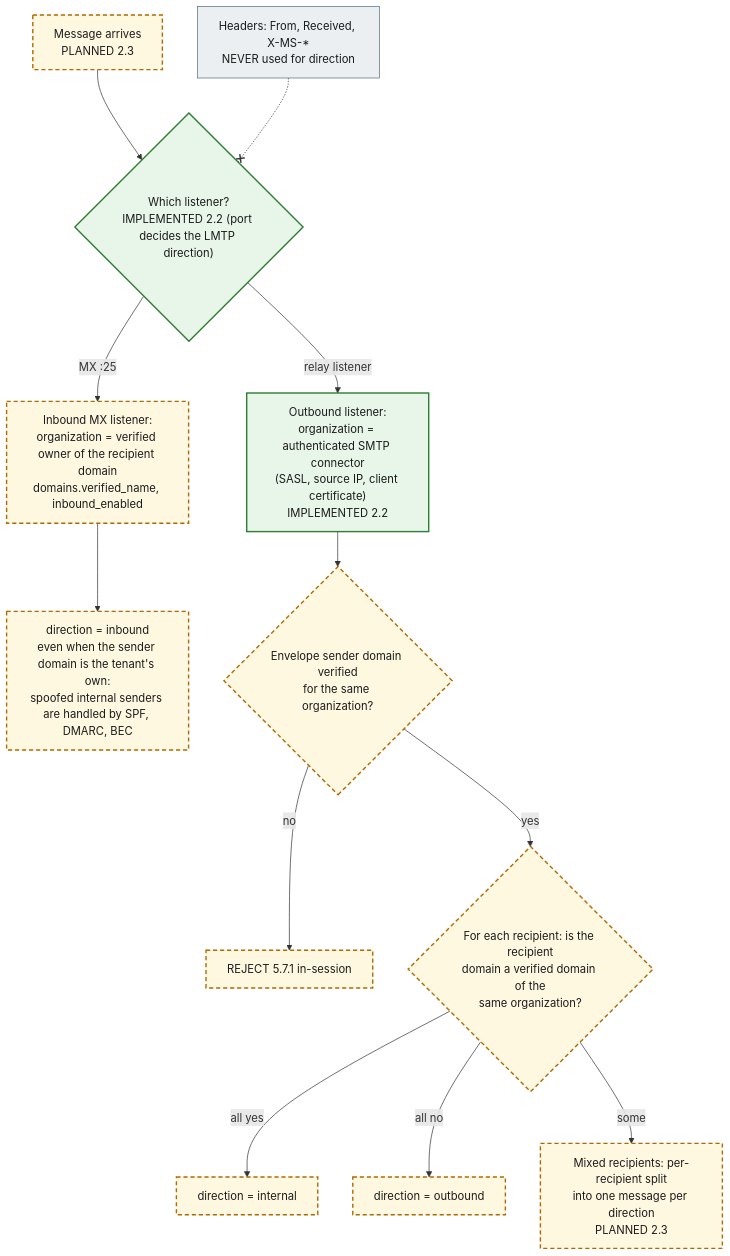
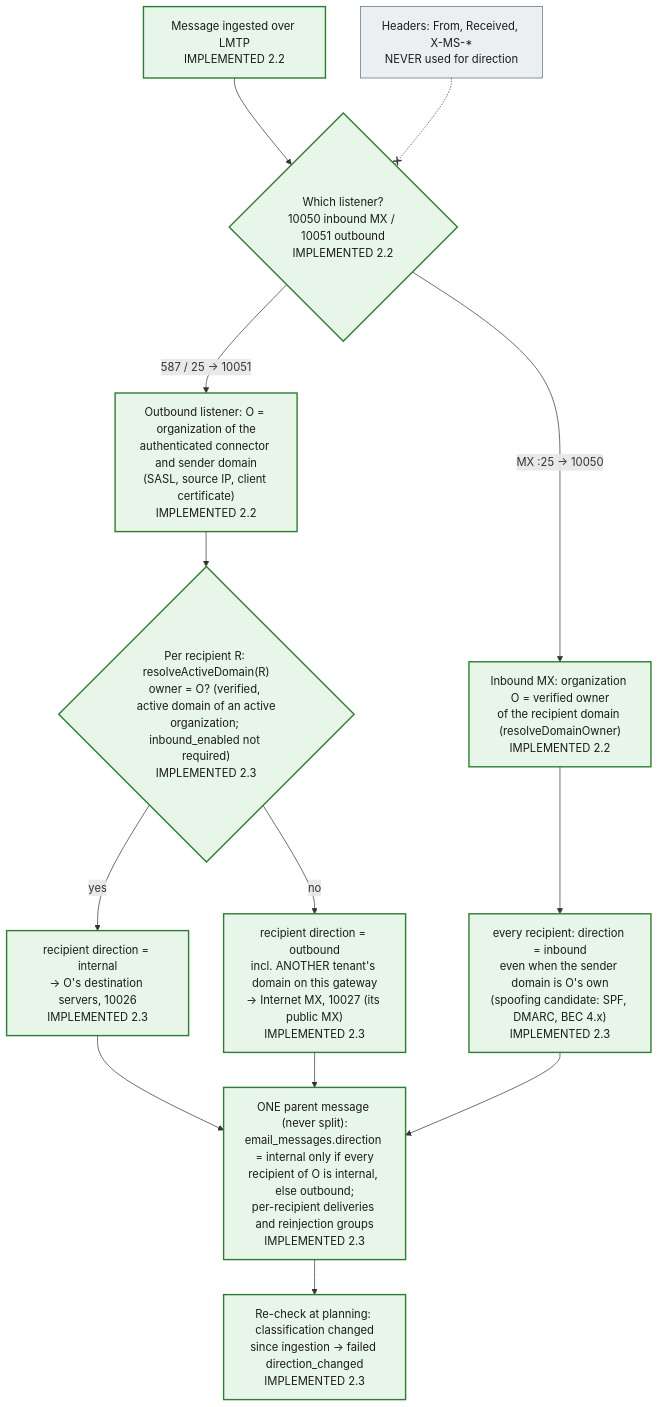
Before and after one commit to mnnitsarvesh-ai/email-gateway: the first of 2 diagrams in docs/architecture/diagrams/08-internal-inspection-sequence.md, drawn with Mermaid. The commit also changed other lines of this file and 240 other files, not shown here.

````diff
--- a/docs/architecture/diagrams/08-internal-inspection-sequence.md
+++ b/docs/architecture/diagrams/08-internal-inspection-sequence.md
@@ -9,29 +9,29 @@
 ```mermaid
 flowchart TB
   classDef impl fill:#e8f5e9,stroke:#2e7d32,stroke-width:2px,color:#1b1b1b
   classDef planned fill:#fff8e1,stroke:#b26a00,stroke-width:2px,stroke-dasharray:6 4,color:#1b1b1b
   classDef ext fill:#eceff1,stroke:#546e7a,stroke-width:1px,color:#1b1b1b
 
-  arrive["Message arrives<br/>PLANNED 2.3"]:::planned
-  listener{"Which listener?<br/>IMPLEMENTED 2.2 (port decides the LMTP direction)"}:::impl
-  mxRcpt["Inbound MX listener:<br/>organization = verified owner of the recipient domain<br/>domains.verified_name, inbound_enabled"]:::planned
-  inbound["direction = inbound<br/>even when the sender domain is the tenant's own:<br/>spoofed internal senders are handled by SPF, DMARC, BEC"]:::planned
-  conn["Outbound listener:<br/>organization = authenticated SMTP connector<br/>(SASL, source IP, client certificate)<br/>IMPLEMENTED 2.2"]:::impl
-  senderOk{"Envelope sender domain verified<br/>for the same organization?"}:::planned
-  reject["REJECT 5.7.1 in-session"]:::planned
-  perRcpt{"For each recipient: is the recipient<br/>domain a verified domain of the<br/>same organization?"}:::planned
-  internal["direction = internal"]:::planned
-  outbound["direction = outbound"]:::planned
-  split["Mixed recipients: per-recipient split<br/>into one message per direction<br/>PLANNED 2.3"]:::planned
+  arrive["Message ingested over LMTP<br/>IMPLEMENTED 2.2"]:::impl
+  listener{"Which listener?<br/>10050 inbound MX / 10051 outbound<br/>IMPLEMENTED 2.2"}:::impl
+  mxRcpt["Inbound MX: organization O = verified owner<br/>of the recipient domain (resolveDomainOwner)<br/>IMPLEMENTED 2.2"]:::impl
+  inbound["every recipient: direction = inbound<br/>even when the sender domain is O's own<br/>(spoofing candidate: SPF, DMARC, BEC 4.x)<br/>IMPLEMENTED 2.3"]:::impl
+  conn["Outbound listener: O = organization of the<br/>authenticated connector and sender domain<br/>(SASL, source IP, client certificate)<br/>IMPLEMENTED 2.2"]:::impl
+  perRcpt{"Per recipient R: resolveActiveDomain(R)<br/>owner = O? (verified, active domain of an active<br/>organization; inbound_enabled not required)<br/>IMPLEMENTED 2.3"}:::impl
+  internal["recipient direction = internal<br/>→ O's destination servers, 10026<br/>IMPLEMENTED 2.3"]:::impl
+  outbound["recipient direction = outbound<br/>incl. ANOTHER tenant's domain on this gateway<br/>→ Internet MX, 10027 (its public MX)<br/>IMPLEMENTED 2.3"]:::impl
+  message["ONE parent message (never split):<br/>email_messages.direction = internal only if every<br/>recipient of O is internal, else outbound;<br/>per-recipient deliveries and reinjection groups<br/>IMPLEMENTED 2.3"]:::impl
+  recheck["Re-check at planning: classification changed<br/>since ingestion → failed direction_changed<br/>IMPLEMENTED 2.3"]:::impl
   headers["Headers: From, Received, X-MS-*<br/>NEVER used for direction"]:::ext
 
   arrive --> listener
-  listener -->|"MX :25"| mxRcpt --> inbound
-  listener -->|"relay listener"| conn --> senderOk
-  senderOk -->|"no"| reject
-  senderOk -->|"yes"| perRcpt
-  perRcpt -->|"all yes"| internal
-  perRcpt -->|"all no"| outbound
-  perRcpt -->|"some"| split
+  listener -->|"MX :25 → 10050"| mxRcpt --> inbound
+  listener -->|"587 / 25 → 10051"| conn --> perRcpt
+  perRcpt -->|"yes"| internal
+  perRcpt -->|"no"| outbound
+  internal --> message
+  outbound --> message
+  inbound --> message
+  message --> recheck
   headers -.-x listener
 ```
````
